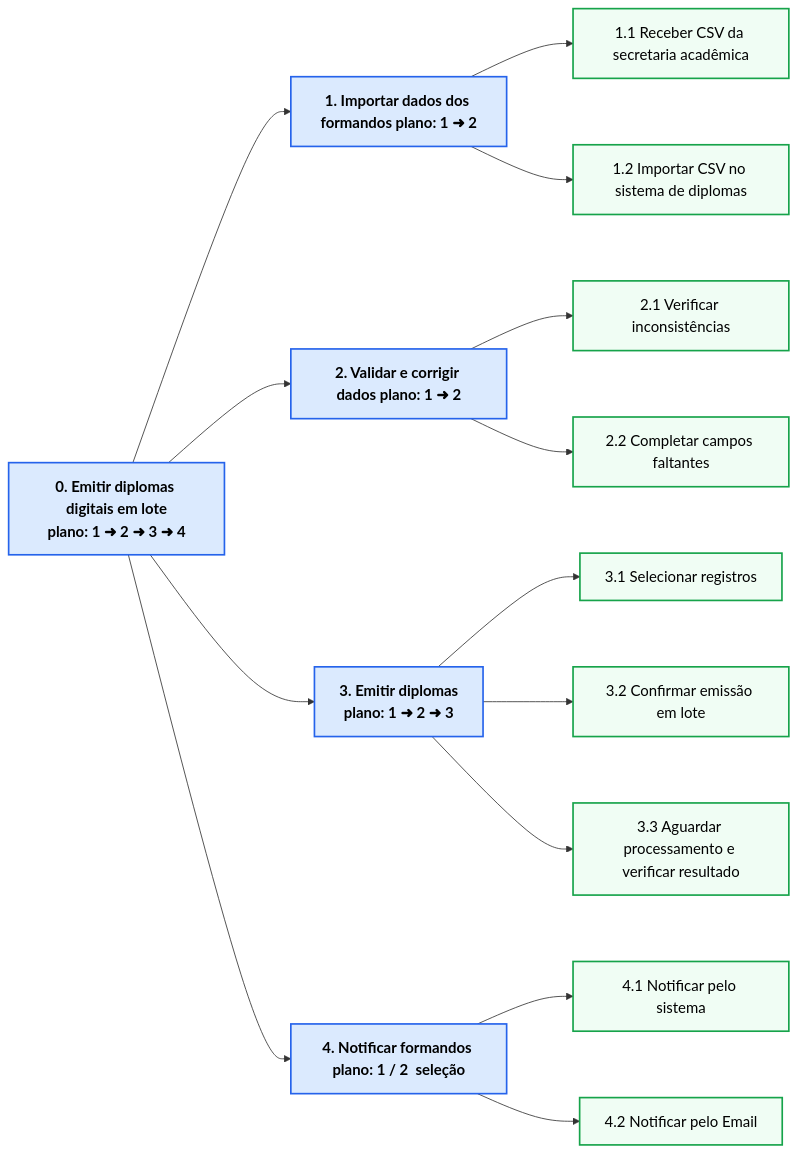
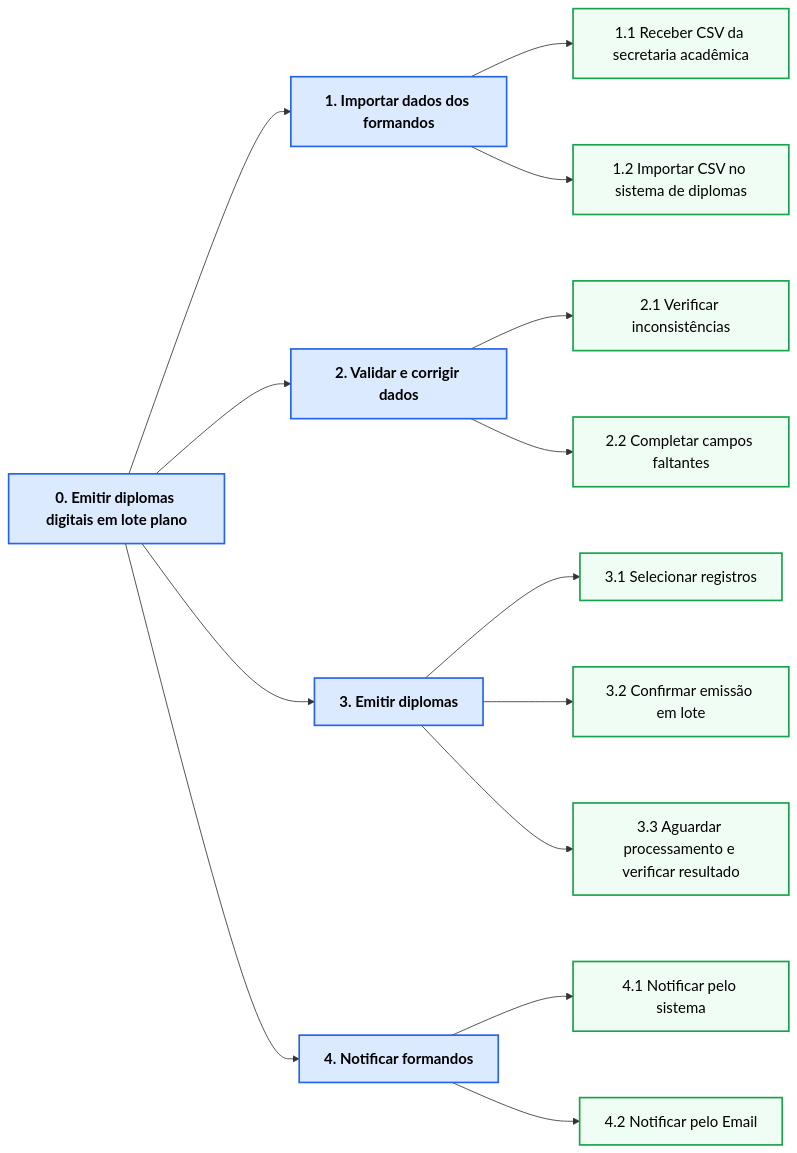
Before and after one commit to nullifidianz/ihc-fei: the first of 3 diagrams in docs/5_analise_tarefas.md, drawn with Mermaid.

Commit message:
Simplify flowchart objectives in analysis document

````diff
--- a/docs/5_analise_tarefas.md
+++ b/docs/5_analise_tarefas.md
@@ -11,29 +11,29 @@
 ```mermaid
 %%{init: {'flowchart': {'nodeSpacing': 80, 'rankSpacing': 80}, 'themeVariables': {'fontSize': '18px'}}}%%
 flowchart LR
     classDef objetivo fill:#dbeafe,stroke:#2563eb,stroke-width:2px,font-weight:bold,color:#000000
     classDef operacao fill:#f0fdf4,stroke:#16a34a,stroke-width:2px,color:#000000
 
-    G0["0. Emitir diplomas digitais em lote\nplano: 1 ➜ 2 ➜ 3 ➜ 4"]:::objetivo
+    G0["0. Emitir diplomas digitais em lote plano"]:::objetivo
 
-    G1["1. Importar dados dos formandos plano: 1 ➜ 2"]:::objetivo
-    G2["2. Validar e corrigir dados plano: 1 ➜ 2"]:::objetivo
-    G3["3. Emitir diplomas\nplano: 1 ➜ 2 ➜ 3"]:::objetivo
-    G4["4. Notificar formandos plano: 1 / 2  seleção"]:::objetivo
+    G1["1. Importar dados dos formandos"]:::objetivo
+    G2["2. Validar e corrigir dados"]:::objetivo
+    G3["3. Emitir diplomas"]:::objetivo
+    G4["4. Notificar formandos"]:::objetivo
 
     G11["1.1 Receber CSV da secretaria acadêmica"]:::operacao
     G12["1.2 Importar CSV no sistema de diplomas"]:::operacao
     G21["2.1 Verificar inconsistências"]:::operacao
     G22["2.2 Completar campos faltantes"]:::operacao
     G31["3.1 Selecionar registros"]:::operacao
     G32["3.2 Confirmar emissão em lote"]:::operacao
     G33["3.3 Aguardar processamento e verificar resultado"]:::operacao
     G41["4.1 Notificar pelo sistema"]:::operacao
     G42["4.2 Notificar pelo Email"]:::operacao
 
     G0 --> G1 & G2 & G3 & G4
     G1 --> G11 & G12
     G2 --> G21 & G22
     G3 --> G31 & G32 & G33
     G4 --> G41 & G42
 ```
````
